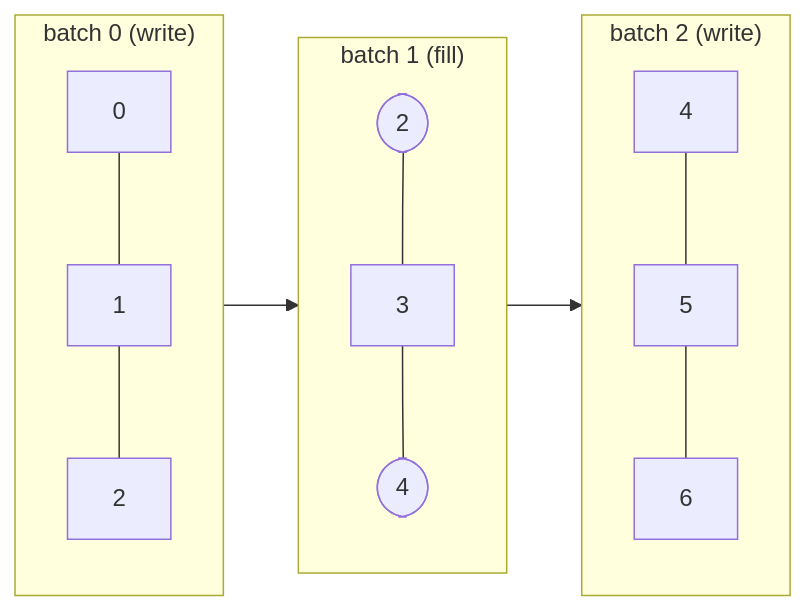
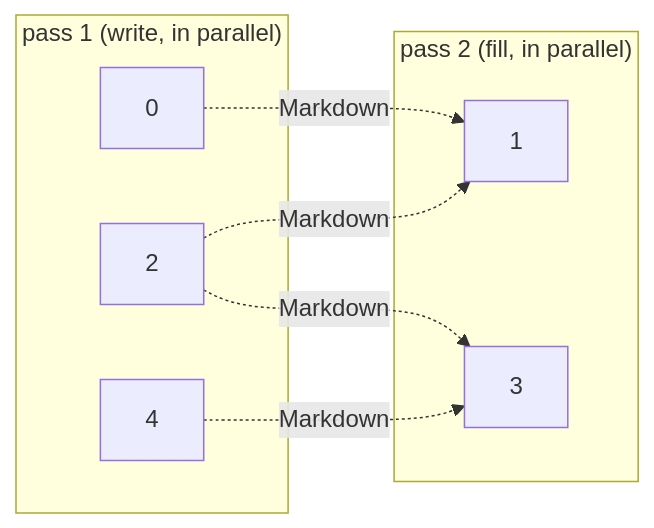
Before and after one commit to konbraphat51/SuperSuat: the second of 3 diagrams in Uploader/OcrModule/MdWriter/Docs/MdWriterOcr.md, drawn with Mermaid. The commit also changed other lines of this file and 7 other files, not shown here.

````diff
--- a/Uploader/OcrModule/MdWriter/Docs/MdWriterOcr.md
+++ b/Uploader/OcrModule/MdWriter/Docs/MdWriterOcr.md
@@ -127,13 +122,16 @@
 ```mermaid
 flowchart LR
-    subgraph E0["batch 0 (write)"]
-        p0[0] --- p1[1] --- p2[2]
+    subgraph first["pass 1 (write, in parallel)"]
+        p0[0]
+        p2[2]
+        p4[4]
     end
-    subgraph F1["batch 1 (fill)"]
-        c2([2]) --- p3[3] --- c4([4])
+    subgraph second["pass 2 (fill, in parallel)"]
+        p1[1]
+        p3[3]
     end
-    subgraph E2["batch 2 (write)"]
-        p4[4] --- p5[5] --- p6[6]
-    end
-    E0 --> F1 --> E2
+    p0 -. Markdown .-> p1
+    p2 -. Markdown .-> p1
+    p2 -. Markdown .-> p3
+    p4 -. Markdown .-> p3
 ```
````
